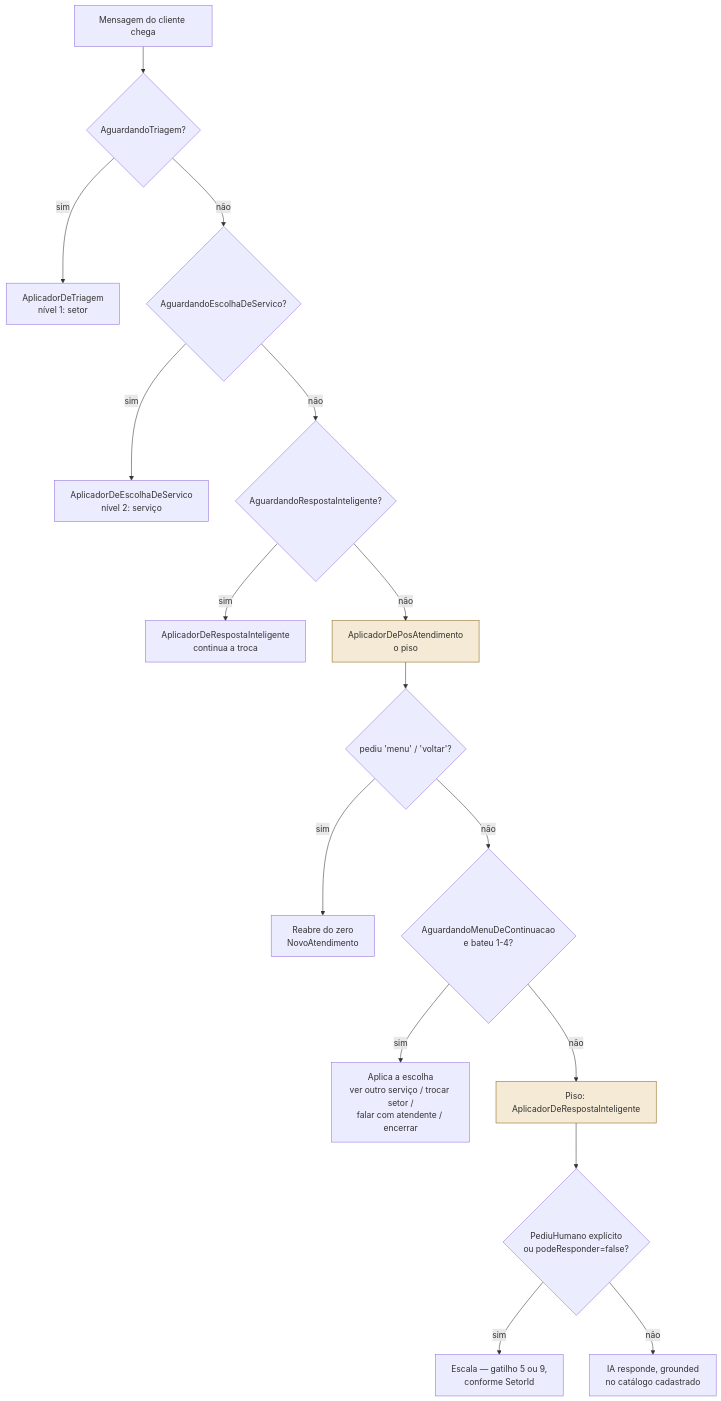
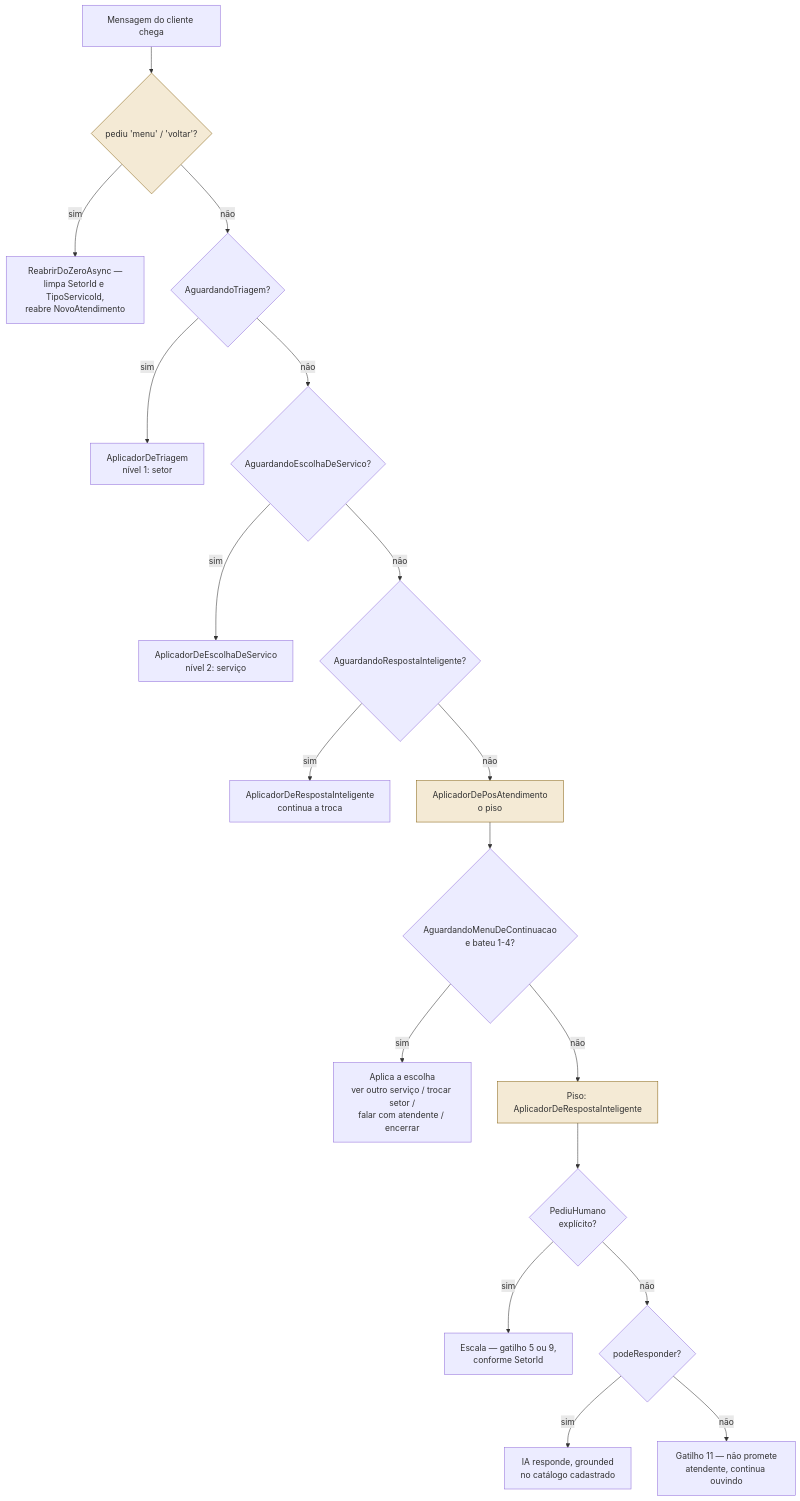
Before and after one commit to Thiagothd/crm-cartorio-fho: the diagram in docs/FLUXO-AUTOMACAO.md, drawn with Mermaid. The commit also changed other lines of this file and 17 other files, not shown here.

````diff
--- a/docs/FLUXO-AUTOMACAO.md
+++ b/docs/FLUXO-AUTOMACAO.md
@@ -110,23 +112,26 @@
 ```mermaid
 flowchart TD
-    A[Mensagem do cliente chega] --> B{AguardandoTriagem?}
+    A[Mensagem do cliente chega] --> Z{"pediu 'menu' / 'voltar'?"}
+    Z -- sim --> Z1[ReabrirDoZeroAsync —<br/>limpa SetorId e TipoServicoId,<br/>reabre NovoAtendimento]
+    Z -- não --> B{AguardandoTriagem?}
     B -- sim --> B1[AplicadorDeTriagem<br/>nível 1: setor]
     B -- não --> C{AguardandoEscolhaDeServico?}
     C -- sim --> C1[AplicadorDeEscolhaDeServico<br/>nível 2: serviço]
     C -- não --> D{AguardandoRespostaInteligente?}
     D -- sim --> D1[AplicadorDeRespostaInteligente<br/>continua a troca]
     D -- não --> E[AplicadorDePosAtendimento<br/>o piso]
 
-    E --> F{"pediu 'menu' / 'voltar'?"}
-    F -- sim --> F1[Reabre do zero<br/>NovoAtendimento]
-    F -- não --> G{AguardandoMenuDeContinuacao<br/>e bateu 1-4?}
+    E --> G{AguardandoMenuDeContinuacao<br/>e bateu 1-4?}
     G -- sim --> G1[Aplica a escolha<br/>ver outro serviço / trocar setor /<br/>falar com atendente / encerrar]
     G -- não --> H[Piso: AplicadorDeRespostaInteligente]
 
-    H --> I{PediuHumano explícito<br/>ou podeResponder=false?}
+    H --> I{PediuHumano<br/>explícito?}
     I -- sim --> J[Escala — gatilho 5 ou 9,<br/>conforme SetorId]
-    I -- não --> K[IA responde, grounded<br/>no catálogo cadastrado]
+    I -- não --> L{podeResponder?}
+    L -- sim --> K[IA responde, grounded<br/>no catálogo cadastrado]
+    L -- não --> M[Gatilho 11 — não promete<br/>atendente, continua ouvindo]
 
+    style Z fill:#f4ead5,stroke:#8a6516
     style E fill:#f4ead5,stroke:#8a6516
     style H fill:#f4ead5,stroke:#8a6516
 ```
````
